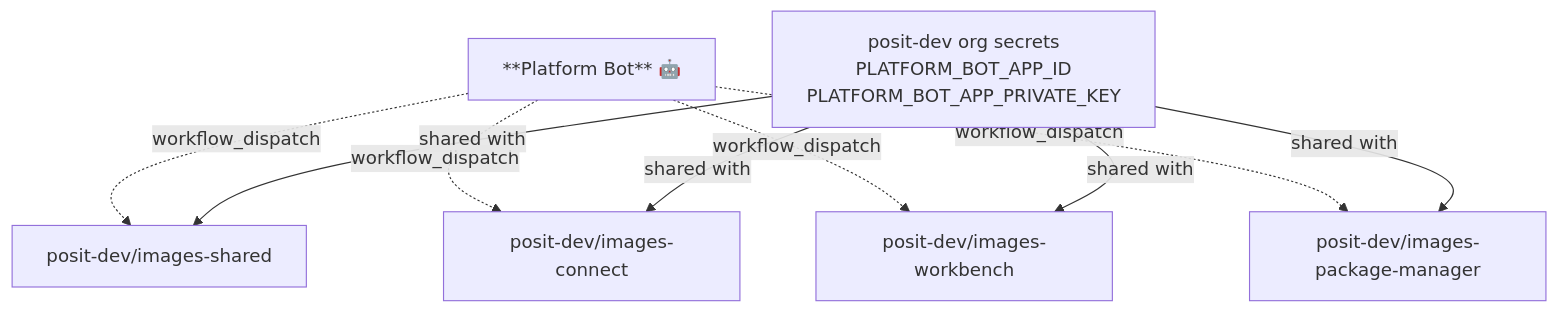
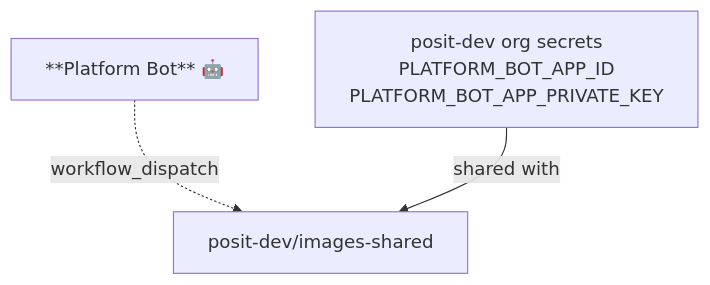
The fourth of 4 diagrams in pulumi/github/github-apps/README.md (posit-dev/images-shared), drawn with Mermaid before and after one commit. The commit also changed other lines of this file and 1 other file, not shown here.

Commit message:
Scope platform-bot to images-shared only
Product bots already cover the individual image repos. The
platform bot only needs images-shared for platform-team
operations like scheduled rebuilds and cache cleanup.

````diff
--- a/pulumi/github/github-apps/README.md
+++ b/pulumi/github/github-apps/README.md
@@ -79,16 +79,10 @@
 ```mermaid
 graph TD
     BOT["**Platform Bot** 🤖"]
 
     BOT -.->|"workflow_dispatch"| IS["posit-dev/images-shared"]
-    BOT -.->|"workflow_dispatch"| IC["posit-dev/images-connect"]
-    BOT -.->|"workflow_dispatch"| IW["posit-dev/images-workbench"]
-    BOT -.->|"workflow_dispatch"| IP["posit-dev/images-package-manager"]
 
     SECRET["posit-dev org secrets<br/>PLATFORM_BOT_APP_ID<br/>PLATFORM_BOT_APP_PRIVATE_KEY"]
 
     SECRET -->|shared with| IS
-    SECRET -->|shared with| IC
-    SECRET -->|shared with| IW
-    SECRET -->|shared with| IP
 ```
````
